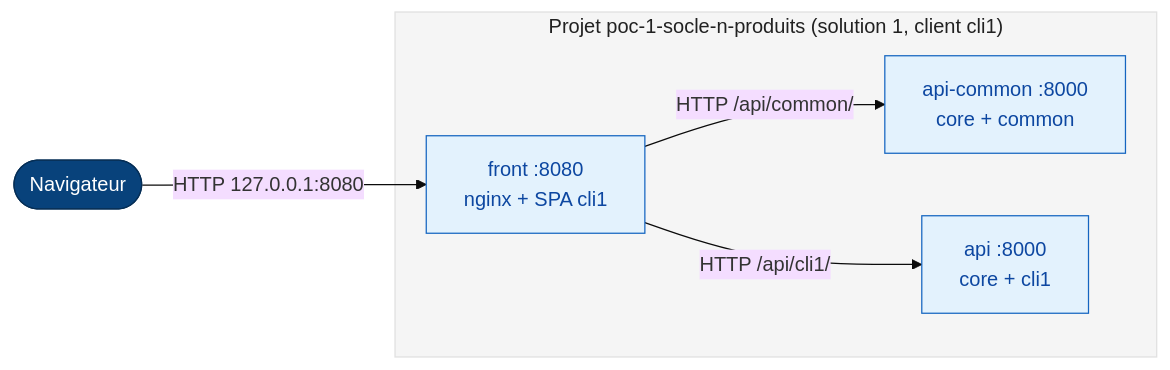
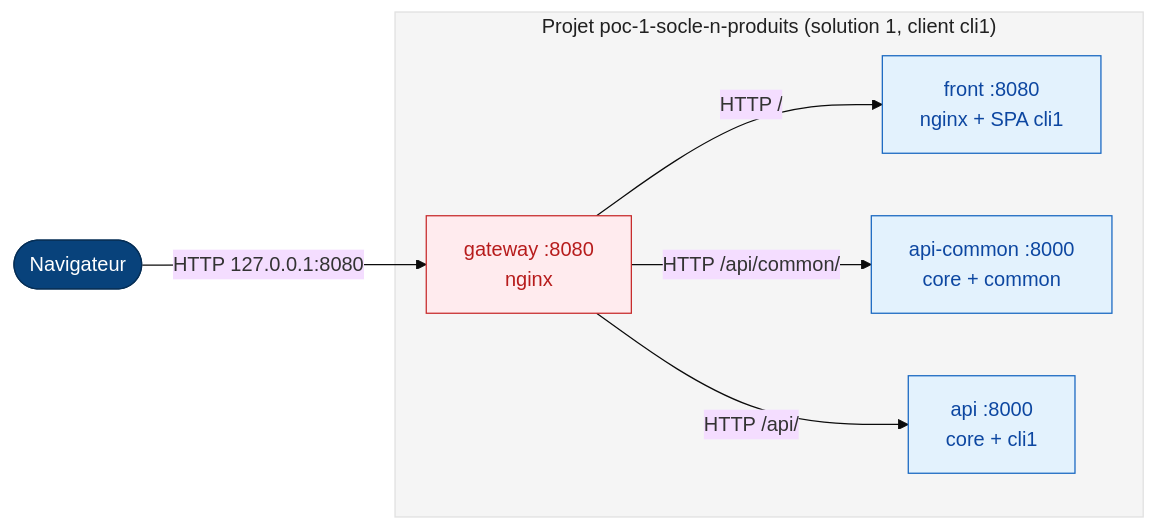
Before and after one commit to cvagner/poc-1-socle-n-produits: the fourth of 6 diagrams in README.md, drawn with Mermaid (base theme). The commit also changed other lines of this file and 4 other files, not shown here.

````diff
--- a/README.md
+++ b/README.md
@@ -231,30 +234,32 @@
 ```mermaid
 flowchart LR
     %% ===== Palette architecture v1 =====
     classDef person   fill:#08427B,color:#FFFFFF,stroke:#052E56
     classDef app      fill:#E3F2FD,color:#0D47A1,stroke:#1565C0
     classDef gateway  fill:#FFEBEE,color:#B71C1C,stroke:#C62828
     classDef iam      fill:#F3E5F5,color:#4A148C,stroke:#8E24AA
     classDef data     fill:#E8F5E9,color:#1B5E20,stroke:#2E7D32
     classDef job      fill:#FFF3E0,color:#BF360C,stroke:#E65100
     classDef obs      fill:#ECEFF1,color:#263238,stroke:#546E7A
     classDef infra    fill:#FAFAFA,color:#212121,stroke:#616161
     classDef external fill:#FFFFFF,color:#424242,stroke:#757575,stroke-dasharray:5 3
     classDef level1   fill:#F5F5F5,color:#212121,stroke:#E0E0E0
     classDef level2   fill:#FFFFFF,color:#424242,stroke:#FFFFFF
     classDef level3   fill:#F5F5F5,color:#424242,stroke:#F5F5F5
     %% ===== Fin palette =====
 
     navigateur(["Navigateur"]):::person
 
     subgraph projet["Projet poc-1-socle-n-produits (solution 1, client cli1)"]
+        gateway["gateway :8080<br/>nginx"]:::gateway
         front["front :8080<br/>nginx + SPA cli1"]:::app
         api_common["api-common :8000<br/>core + common"]:::app
         api["api :8000<br/>core + cli1"]:::app
     end
     class projet level1
 
-    navigateur -->|"HTTP 127.0.0.1:8080"| front
-    front -->|"HTTP /api/common/"| api_common
-    front -->|"HTTP /api/cli1/"| api
+    navigateur -->|"HTTP 127.0.0.1:8080"| gateway
+    gateway -->|"HTTP /"| front
+    gateway -->|"HTTP /api/common/"| api_common
+    gateway -->|"HTTP /api/"| api
 ```
````
